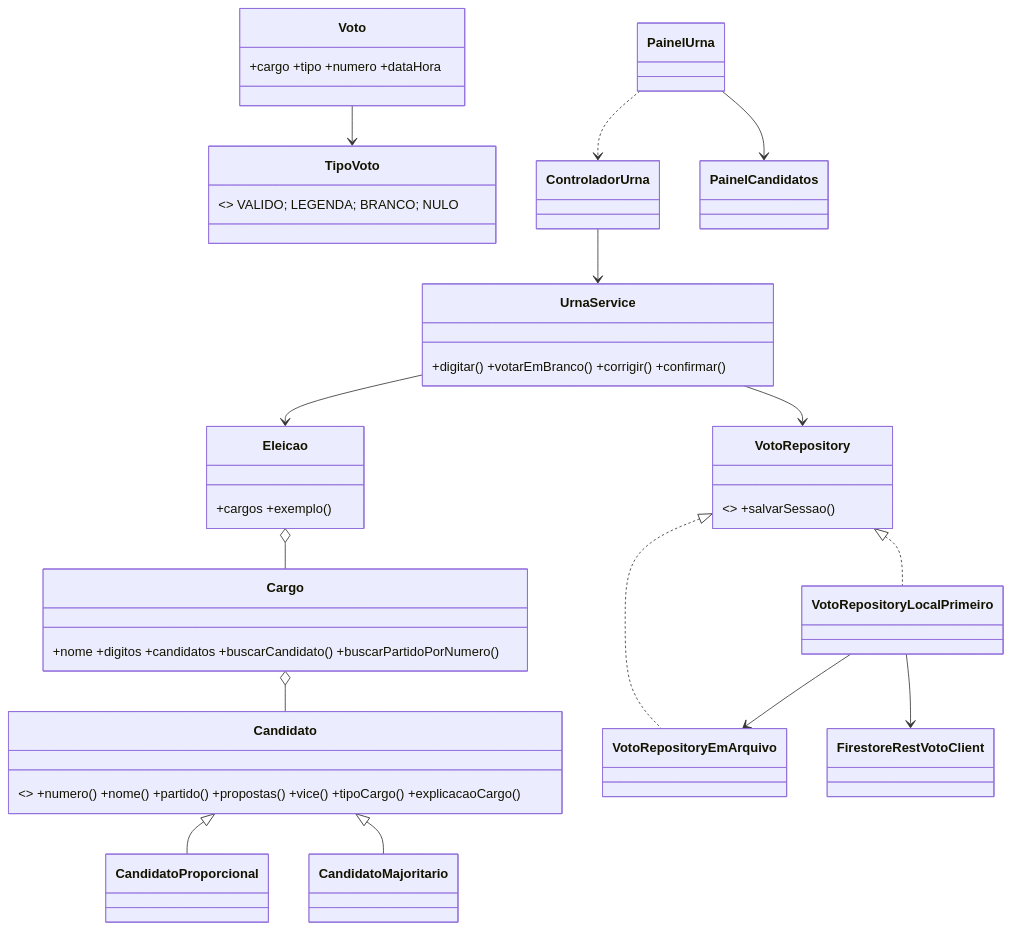
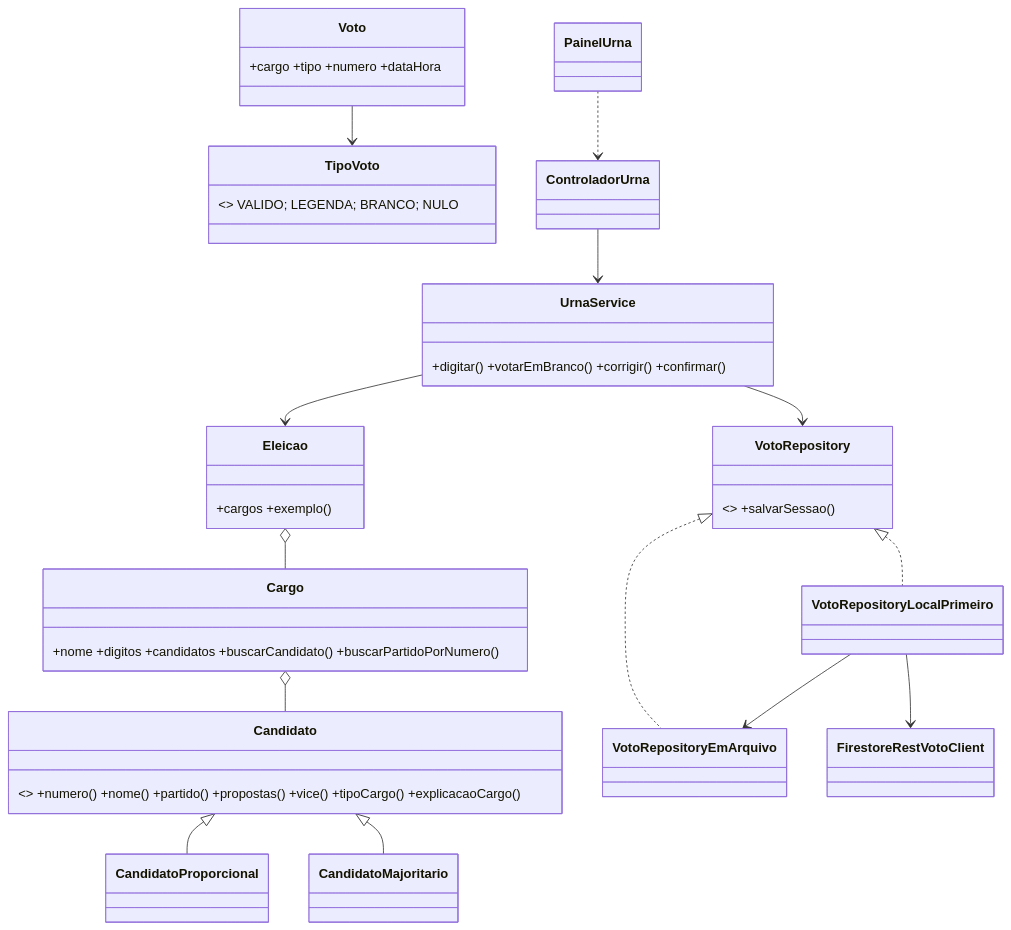
One commit to Sudo-Marco/urna-cidada changed the second of 2 diagrams in docs/diagrama-classes.md. Above: the diagram before and after it, drawn with Mermaid. The commit also changed other lines of this file and 7 other files, not shown here.

Commit message:
ui: remove painel lateral de candidatos

````diff
--- a/docs/diagrama-classes.md
+++ b/docs/diagrama-classes.md
@@ -32,32 +32,30 @@
 ```mermaid
 classDiagram
   class Candidato { <<abstract>> +numero() +nome() +partido() +propostas() +vice() +tipoCargo() +explicacaoCargo() }
   class CandidatoProporcional
   class CandidatoMajoritario
   class Cargo { +nome +digitos +candidatos +buscarCandidato() +buscarPartidoPorNumero() }
   class Eleicao { +cargos +exemplo() }
   class Voto { +cargo +tipo +numero +dataHora }
   class TipoVoto { <<enumeration>> VALIDO; LEGENDA; BRANCO; NULO }
   class UrnaService { +digitar() +votarEmBranco() +corrigir() +confirmar() }
   class VotoRepository { <<interface>> +salvarSessao() }
   class VotoRepositoryEmArquivo
   class VotoRepositoryLocalPrimeiro
   class FirestoreRestVotoClient
   class ControladorUrna
   class PainelUrna
-  class PainelCandidatos
   Candidato <|-- CandidatoProporcional
   Candidato <|-- CandidatoMajoritario
   Cargo o-- Candidato
   Eleicao o-- Cargo
   Voto --> TipoVoto
   UrnaService --> Eleicao
   UrnaService --> VotoRepository
   VotoRepository <|.. VotoRepositoryEmArquivo
   VotoRepository <|.. VotoRepositoryLocalPrimeiro
   VotoRepositoryLocalPrimeiro --> VotoRepositoryEmArquivo
   VotoRepositoryLocalPrimeiro --> FirestoreRestVotoClient
   ControladorUrna --> UrnaService
-  PainelUrna --> PainelCandidatos
   PainelUrna ..> ControladorUrna
 ```
````
